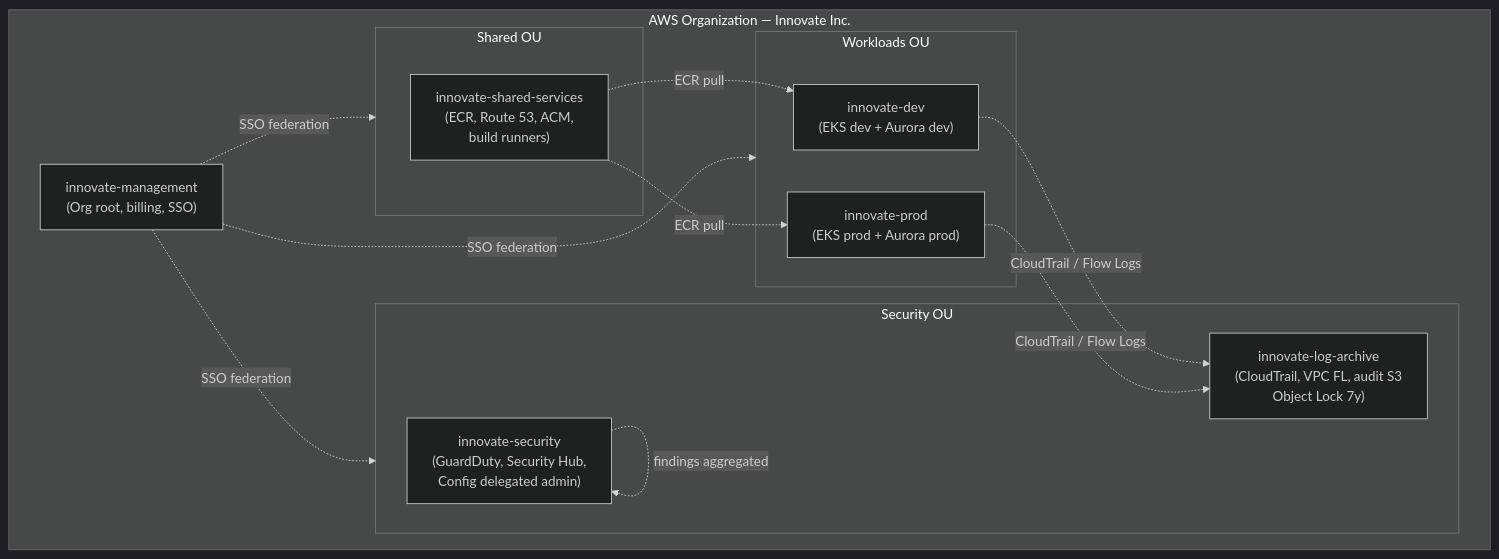
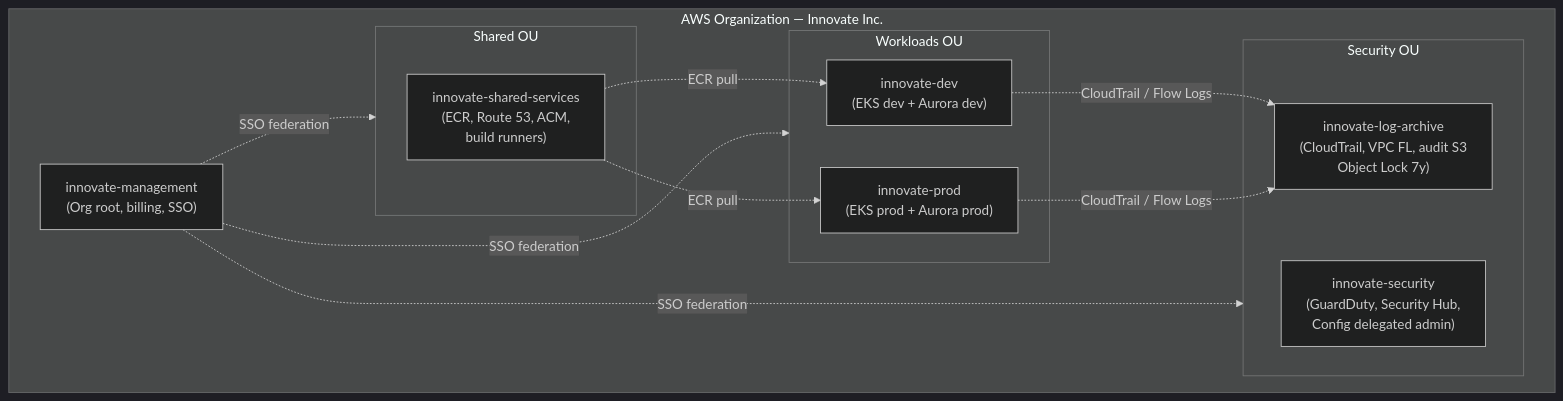
One commit to davitmadoyan/opsfleet-task changed the first of 2 diagrams in architecture/README.md. Above: the diagram before and after it, drawn with Mermaid (dark theme). The commit also changed other lines of this file and 1 other file, not shown here.

````diff
--- a/architecture/README.md
+++ b/architecture/README.md
@@ -318,26 +373,25 @@
 ```mermaid
 flowchart TB
     subgraph ORG["AWS Organization — Innovate Inc."]
         MGMT["innovate-management<br/>(Org root, billing, SSO)"]
         subgraph SEC_OU["Security OU"]
             SEC["innovate-security<br/>(GuardDuty, Security Hub,<br/>Config delegated admin)"]
             LOG["innovate-log-archive<br/>(CloudTrail, VPC FL, audit S3<br/>Object Lock 7y)"]
         end
         subgraph SHARED_OU["Shared OU"]
             SHARED["innovate-shared-services<br/>(ECR, Route 53, ACM,<br/>build runners)"]
         end
         subgraph WL_OU["Workloads OU"]
             DEV["innovate-dev<br/>(EKS dev + Aurora dev)"]
             PROD["innovate-prod<br/>(EKS prod + Aurora prod)"]
         end
     end
 
     MGMT -.SSO federation.-> SEC_OU
     MGMT -.SSO federation.-> SHARED_OU
     MGMT -.SSO federation.-> WL_OU
     DEV -. CloudTrail / Flow Logs .-> LOG
     PROD -. CloudTrail / Flow Logs .-> LOG
     SHARED -. ECR pull .-> DEV
     SHARED -. ECR pull .-> PROD
-    SEC -. findings aggregated .-> SEC
 ```
````
